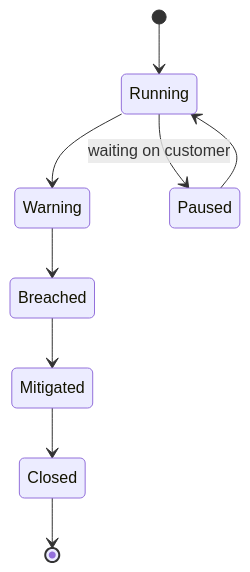
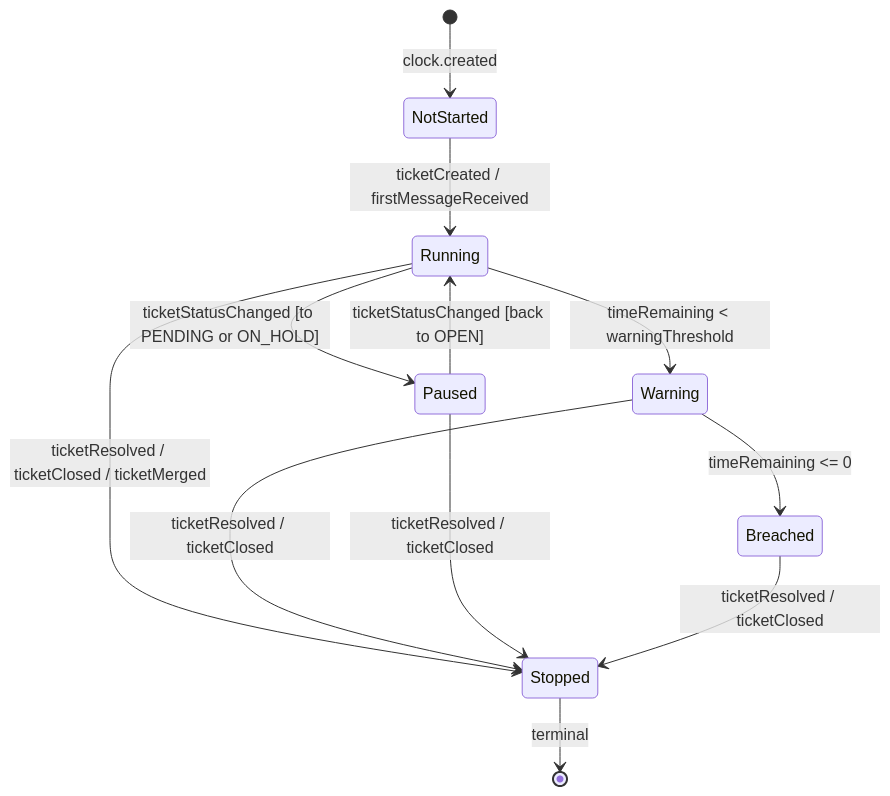
One commit to 0Ankit0/Project-Ideas changed the second of 5 diagrams in Customer Support and Contact Center Platform/detailed-design/state-machine-diagrams.md. Above: the diagram before and after it, drawn with Mermaid. The commit also changed other lines of this file and 20 other files, not shown here.

````diff
--- a/Customer Support and Contact Center Platform/detailed-design/state-machine-diagrams.md
+++ b/Customer Support and Contact Center Platform/detailed-design/state-machine-diagrams.md
@@ -34,11 +86,20 @@
 ```mermaid
 stateDiagram-v2
-    [*] --> Running
-    Running --> Warning
-    Warning --> Breached
-    Running --> Paused: waiting on customer
-    Paused --> Running
-    Breached --> Mitigated
-    Mitigated --> Closed
-    Closed --> [*]
+    [*] --> NotStarted : clock.created
+
+    NotStarted --> Running : ticketCreated / firstMessageReceived
+
+    Running --> Paused : ticketStatusChanged [to PENDING or ON_HOLD]
+    Running --> Warning : timeRemaining < warningThreshold
+    Running --> Stopped : ticketResolved / ticketClosed / ticketMerged
+
+    Warning --> Breached : timeRemaining <= 0
+    Warning --> Stopped : ticketResolved / ticketClosed
+
+    Paused --> Running : ticketStatusChanged [back to OPEN]
+    Paused --> Stopped : ticketResolved / ticketClosed
+
+    Breached --> Stopped : ticketResolved / ticketClosed
+
+    Stopped --> [*] : terminal
 ```
````
